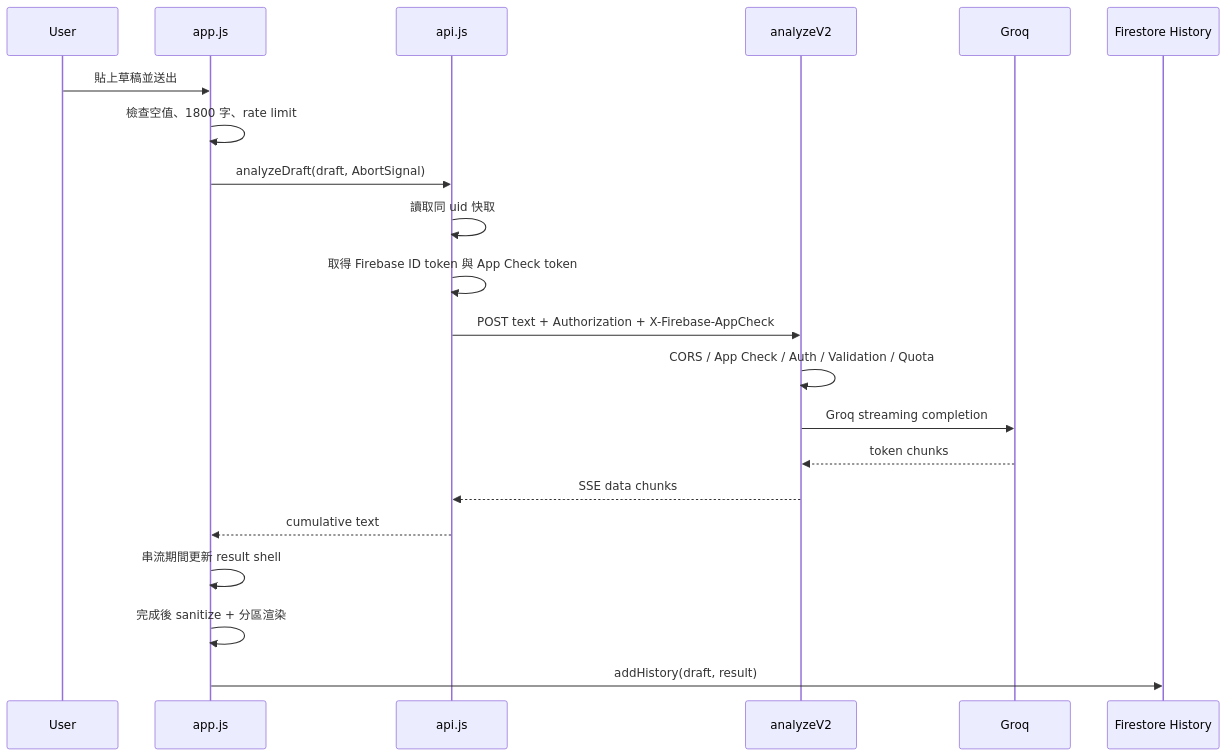
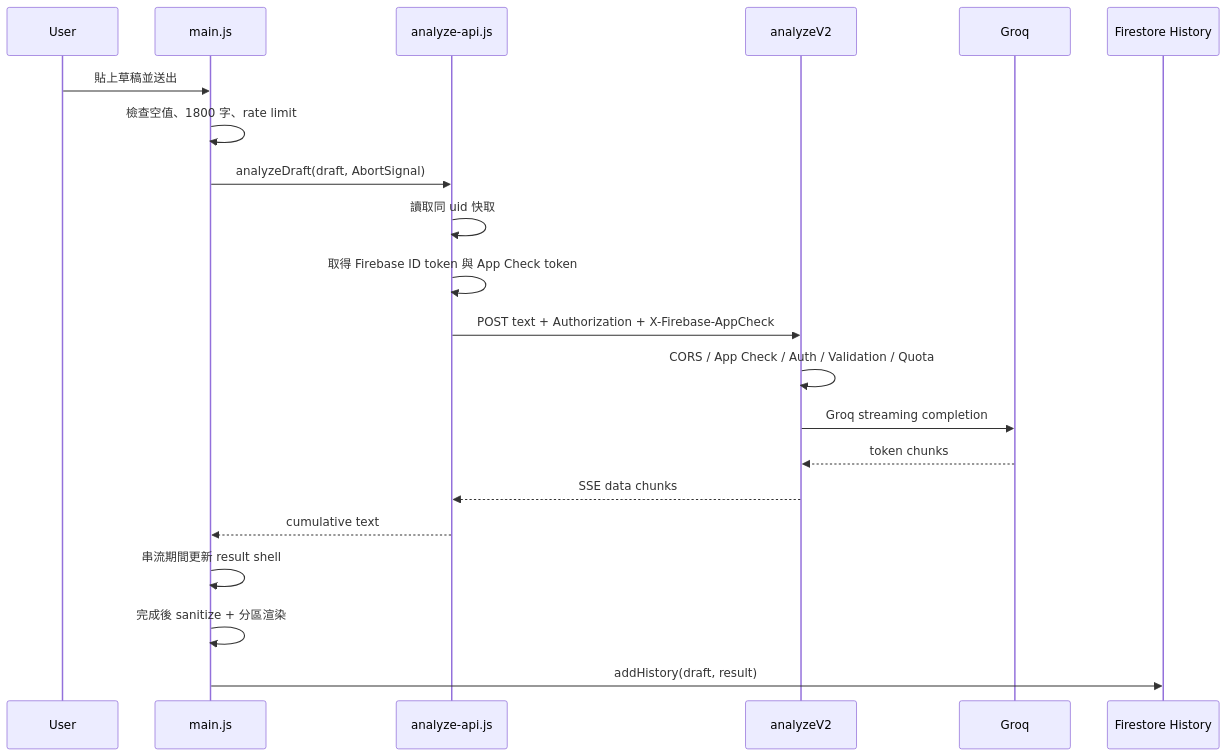
One commit to waydefu/- changed the second of 2 diagrams in README.md. Above: the diagram before and after it, drawn with Mermaid. The commit also changed other lines of this file and 39 other files, not shown here.

````diff
--- a/README.md
+++ b/README.md
@@ -325,24 +223,24 @@
 ```mermaid
 sequenceDiagram
   participant U as User
-  participant A as app.js
-  participant API as api.js
+  participant A as main.js
+  participant API as analyze-api.js
   participant F as analyzeV2
   participant G as Groq
   participant H as Firestore History
 
   U->>A: 貼上草稿並送出
   A->>A: 檢查空值、1800 字、rate limit
   A->>API: analyzeDraft(draft, AbortSignal)
   API->>API: 讀取同 uid 快取
   API->>API: 取得 Firebase ID token 與 App Check token
   API->>F: POST text + Authorization + X-Firebase-AppCheck
   F->>F: CORS / App Check / Auth / Validation / Quota
   F->>G: Groq streaming completion
   G-->>F: token chunks
   F-->>API: SSE data chunks
   API-->>A: cumulative text
   A->>A: 串流期間更新 result shell
   A->>A: 完成後 sanitize + 分區渲染
   A->>H: addHistory(draft, result)
 ```
````
